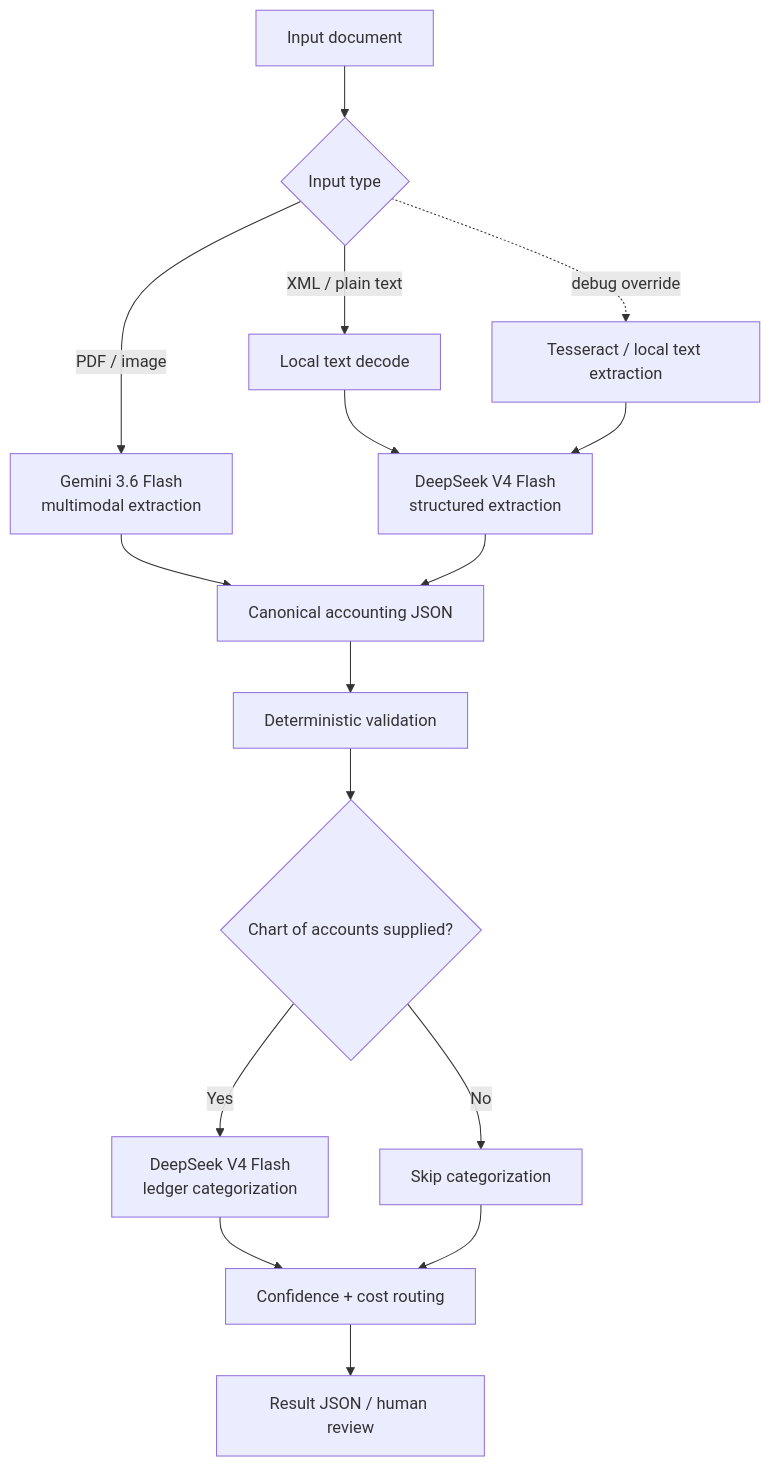
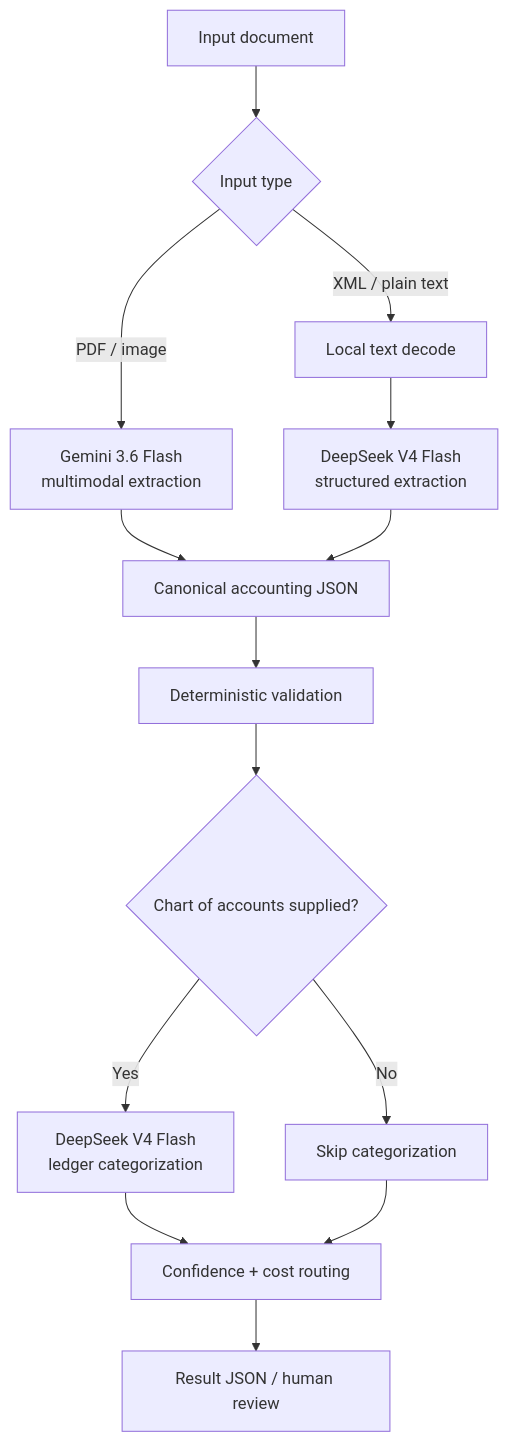
One commit to selectqoma/receipt-to-ledger changed the diagram in README.md. Above: the diagram before and after it, drawn with Mermaid. The commit also changed other lines of this file and 7 other files, not shown here.

````diff
--- a/README.md
+++ b/README.md
@@ -15,24 +13,21 @@
 ```mermaid
 flowchart TD
     A[Input document] --> B{Input type}
 
     B -->|PDF / image| C[Gemini 3.6 Flash<br/>multimodal extraction]
     B -->|XML / plain text| D[Local text decode]
     D --> E[DeepSeek V4 Flash<br/>structured extraction]
 
     C --> F[Canonical accounting JSON]
     E --> F
 
     F --> G[Deterministic validation]
     G --> H{Chart of accounts supplied?}
 
     H -->|Yes| I[DeepSeek V4 Flash<br/>ledger categorization]
     H -->|No| J[Skip categorization]
 
     I --> K[Confidence + cost routing]
     J --> K
     K --> L[Result JSON / human review]
-
-    B -. debug override .-> M[Tesseract / local text extraction]
-    M --> E
 ```
````
